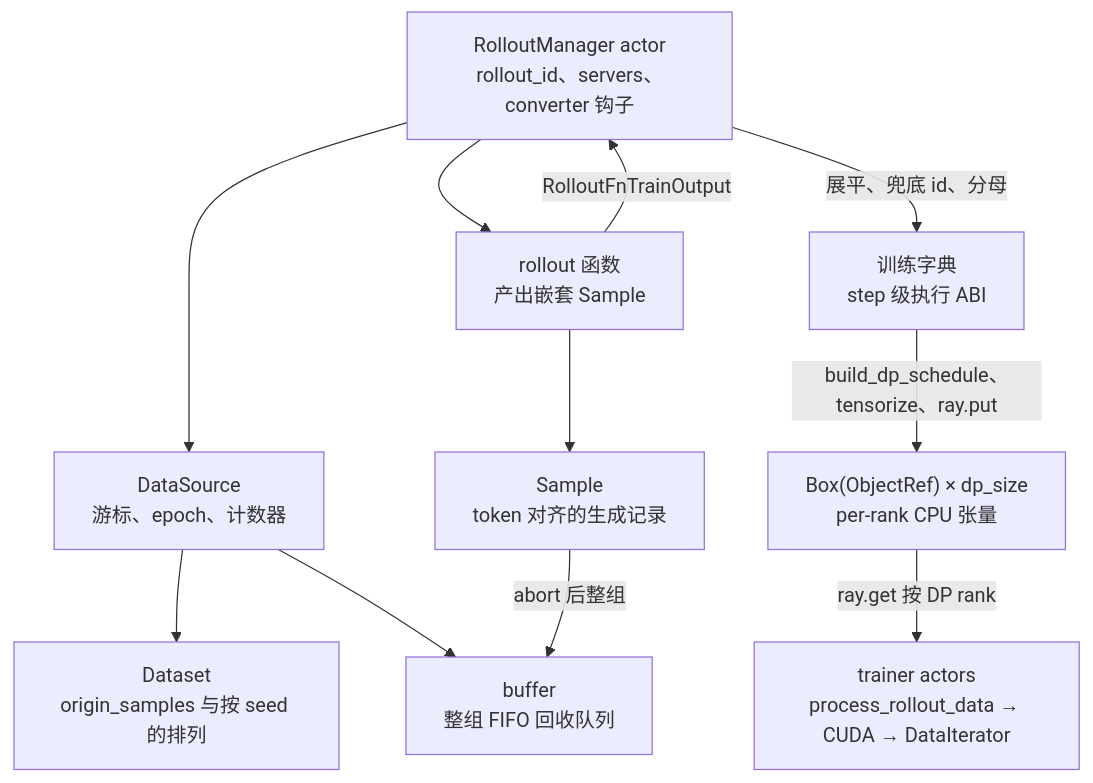
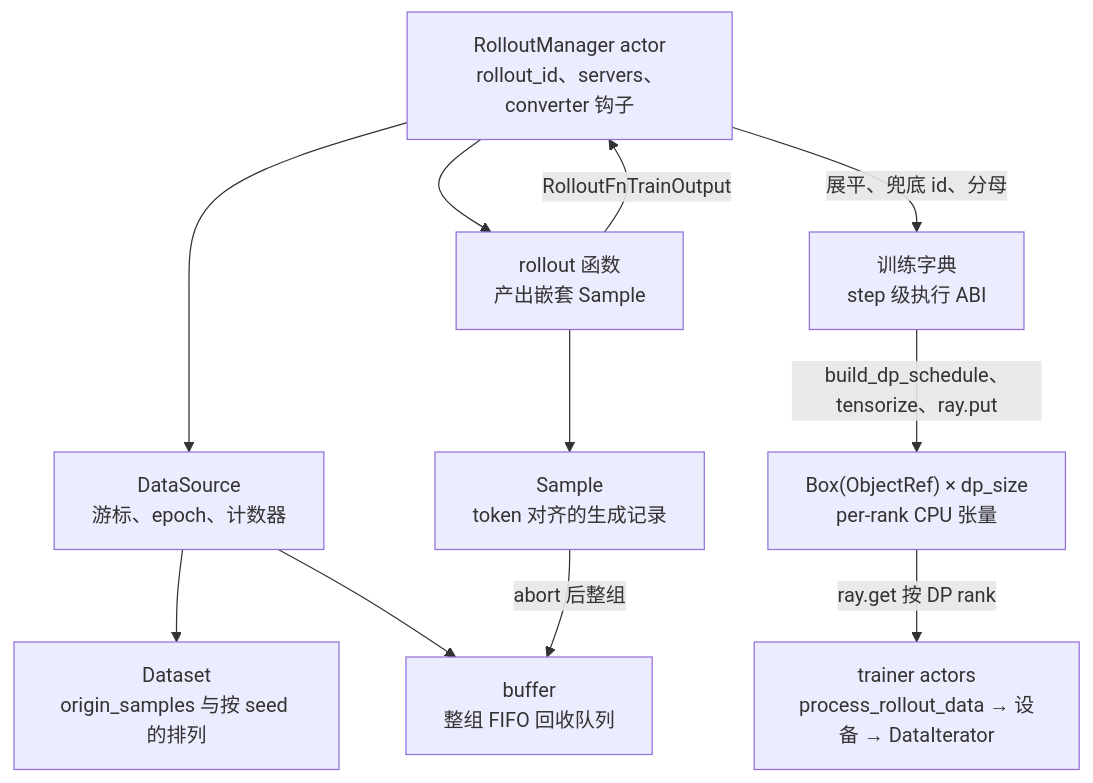
One commit to suhaibo666/llm-knowledge changed the diagram in wiki/02_engineering/04_posttrain_frameworks/slime/12_slime_sample_datasource_analysis.md. Above: the diagram before and after it, drawn with Mermaid. The commit also changed other lines of this file and 223 other files, not shown here.

````diff
--- a/wiki/02_engineering/04_posttrain_frameworks/slime/12_slime_sample_datasource_analysis.md
+++ b/wiki/02_engineering/04_posttrain_frameworks/slime/12_slime_sample_datasource_analysis.md
@@ -222,20 +225,20 @@
 ```mermaid
 flowchart TB
     RM["RolloutManager actor<br/>rollout_id、servers、converter 钩子"]
     DS["DataSource<br/>游标、epoch、计数器"]
     DT["Dataset<br/>origin_samples 与按 seed 的排列"]
     BF["buffer<br/>整组 FIFO 回收队列"]
     RF["rollout 函数<br/>产出嵌套 Sample"]
     SP["Sample<br/>token 对齐的生成记录"]
     TD["训练字典<br/>step 级执行 ABI"]
     BX["Box(ObjectRef) × dp_size<br/>per-rank CPU 张量"]
-    TA["trainer actors<br/>process_rollout_data → CUDA → DataIterator"]
+    TA["trainer actors<br/>process_rollout_data → 设备 → DataIterator"]
     RM --> DS --> DT
     DS --> BF
     RM --> RF --> SP
     SP -->|abort 后整组| BF
     RF -->|RolloutFnTrainOutput| RM
     RM -->|展平、兜底 id、分母| TD
     TD -->|build_dp_schedule、tensorize、ray.put| BX
     BX -->|ray.get 按 DP rank| TA
 ```
````
